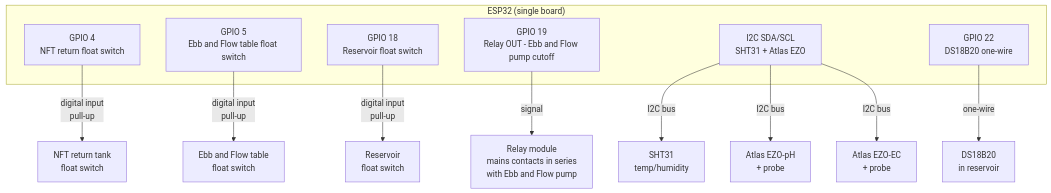
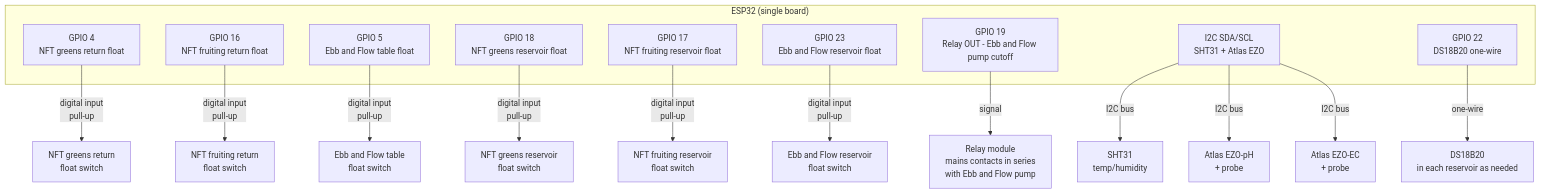
One commit to UncleJS/guide_hydroponics changed the second of 3 diagrams in guide/compare/03-automation.md. Above: the diagram before and after it, drawn with Mermaid. The commit also changed other lines of this file and 3 other files, not shown here.

````diff
--- a/guide/compare/03-automation.md
+++ b/guide/compare/03-automation.md
@@ -427,19 +427,25 @@
 ```mermaid
 graph TD
   subgraph ESP32["ESP32 (single board)"]
-    G1[GPIO 4<br/>NFT return float switch]
-    G2[GPIO 5<br/>Ebb and Flow table float switch]
-    G3[GPIO 18<br/>Reservoir float switch]
+    G1[GPIO 4<br/>NFT greens return float]
+    G1b[GPIO 16<br/>NFT fruiting return float]
+    G2[GPIO 5<br/>Ebb and Flow table float]
+    G3[GPIO 18<br/>NFT greens reservoir float]
+    G3b[GPIO 17<br/>NFT fruiting reservoir float]
+    G3c[GPIO 23<br/>Ebb and Flow reservoir float]
     G4[GPIO 19<br/>Relay OUT - Ebb and Flow pump cutoff]
     G5[I2C SDA/SCL<br/>SHT31 + Atlas EZO]
     G6[GPIO 22<br/>DS18B20 one-wire]
   end
-  G1 -->|digital input<br/>pull-up| F1[NFT return tank<br/>float switch]
+  G1 -->|digital input<br/>pull-up| F1[NFT greens return<br/>float switch]
+  G1b -->|digital input<br/>pull-up| F1b[NFT fruiting return<br/>float switch]
   G2 -->|digital input<br/>pull-up| F2[Ebb and Flow table<br/>float switch]
-  G3 -->|digital input<br/>pull-up| F3[Reservoir<br/>float switch]
+  G3 -->|digital input<br/>pull-up| F3[NFT greens reservoir<br/>float switch]
+  G3b -->|digital input<br/>pull-up| F3b[NFT fruiting reservoir<br/>float switch]
+  G3c -->|digital input<br/>pull-up| F3c[Ebb and Flow reservoir<br/>float switch]
   G4 -->|signal| R1[Relay module<br/>mains contacts in series<br/>with Ebb and Flow pump]
   G5 -->|I2C bus| S1[SHT31<br/>temp/humidity]
   G5 -->|I2C bus| S2[Atlas EZO-pH<br/>+ probe]
   G5 -->|I2C bus| S3[Atlas EZO-EC<br/>+ probe]
-  G6 -->|one-wire| S4[DS18B20<br/>in reservoir]
+  G6 -->|one-wire| S4[DS18B20<br/>in each reservoir as needed]
 ```
````
